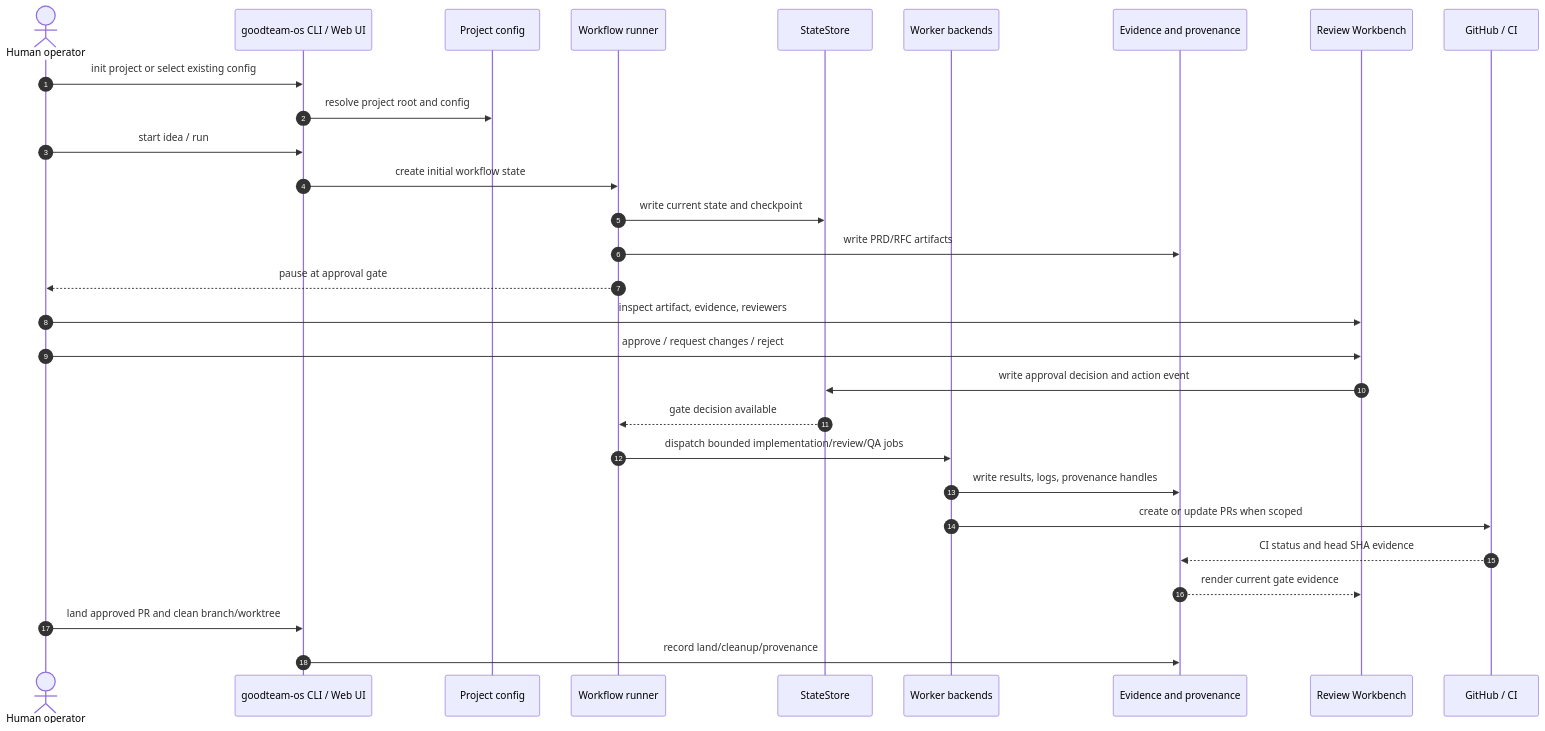
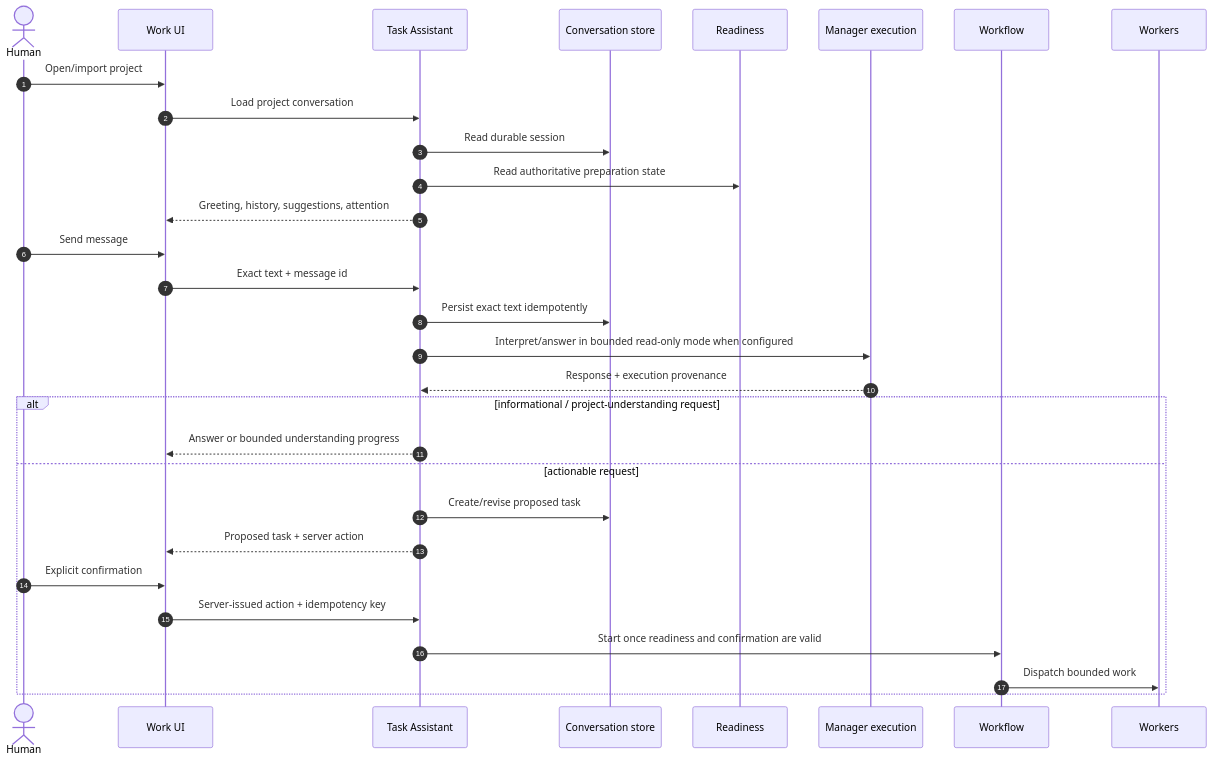
The fourth of 7 diagrams in docs/architecture.md (LukeJiaoR/GoodTeam), drawn with Mermaid before and after one commit. The commit also changed other lines of this file, not shown here.

Commit message:
docs: align architecture with chat-first product model

````diff
--- a/docs/architecture.md
+++ b/docs/architecture.md
@@ -133,32 +144,35 @@
 ```mermaid
 sequenceDiagram
     autonumber
-    actor Human as Human operator
-    participant CLI as goodteam-os CLI / Web UI
-    participant Projects as Project config
-    participant Graph as Workflow runner
-    participant State as StateStore
-    participant Workers as Worker backends
-    participant Evidence as Evidence and provenance
-    participant Review as Review Workbench
-    participant GitHub as GitHub / CI
+    actor Human as Human
+    participant UI as Work UI
+    participant TA as Task Assistant
+    participant Session as Conversation store
+    participant Ready as Readiness
+    participant Exec as Manager execution
+    participant Graph as Workflow
+    participant Workers as Workers
 
-    Human->>CLI: init project or select existing config
-    CLI->>Projects: resolve project root and config
-    Human->>CLI: start idea / run
-    CLI->>Graph: create initial workflow state
-    Graph->>State: write current state and checkpoint
-    Graph->>Evidence: write PRD/RFC artifacts
-    Graph-->>Human: pause at approval gate
-    Human->>Review: inspect artifact, evidence, reviewers
-    Human->>Review: approve / request changes / reject
-    Review->>State: write approval decision and action event
-    State-->>Graph: gate decision available
-    Graph->>Workers: dispatch bounded implementation/review/QA jobs
-    Workers->>Evidence: write results, logs, provenance handles
-    Workers->>GitHub: create or update PRs when scoped
-    GitHub-->>Evidence: CI status and head SHA evidence
-    Evidence-->>Review: render current gate evidence
-    Human->>CLI: land approved PR and clean branch/worktree
-    CLI->>Evidence: record land/cleanup/provenance
+    Human->>UI: Open/import project
+    UI->>TA: Load project conversation
+    TA->>Session: Read durable session
+    TA->>Ready: Read authoritative preparation state
+    TA-->>UI: Greeting, history, suggestions, attention
+
+    Human->>UI: Send message
+    UI->>TA: Exact text + message id
+    TA->>Session: Persist exact text idempotently
+    TA->>Exec: Interpret/answer in bounded read-only mode when configured
+    Exec-->>TA: Response + execution provenance
+
+    alt informational / project-understanding request
+        TA-->>UI: Answer or bounded understanding progress
+    else actionable request
+        TA->>Session: Create/revise proposed task
+        TA-->>UI: Proposed task + server action
+        Human->>UI: Explicit confirmation
+        UI->>TA: Server-issued action + idempotency key
+        TA->>Graph: Start once readiness and confirmation are valid
+        Graph->>Workers: Dispatch bounded work
+    end
 ```
````
